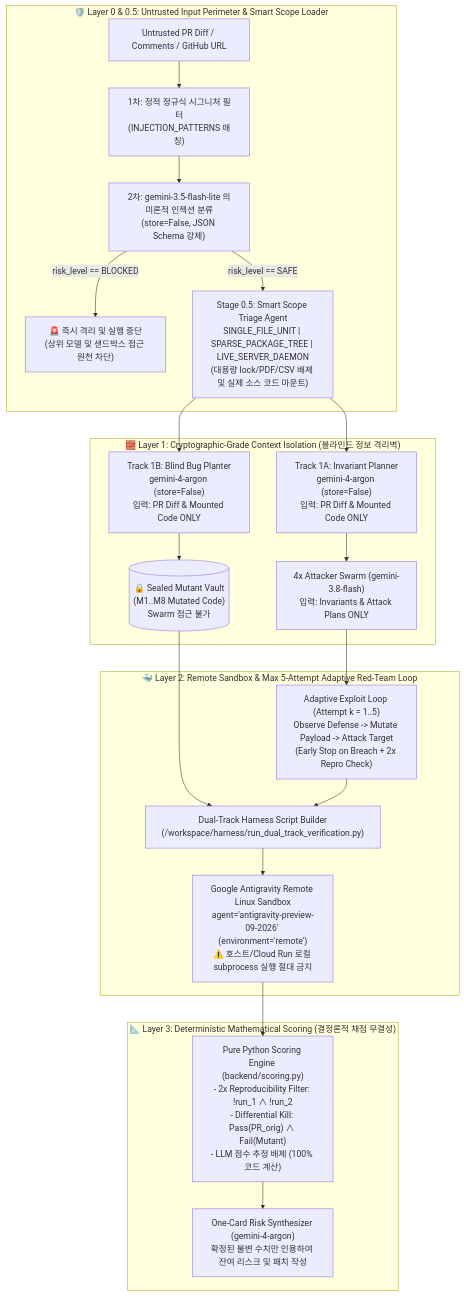
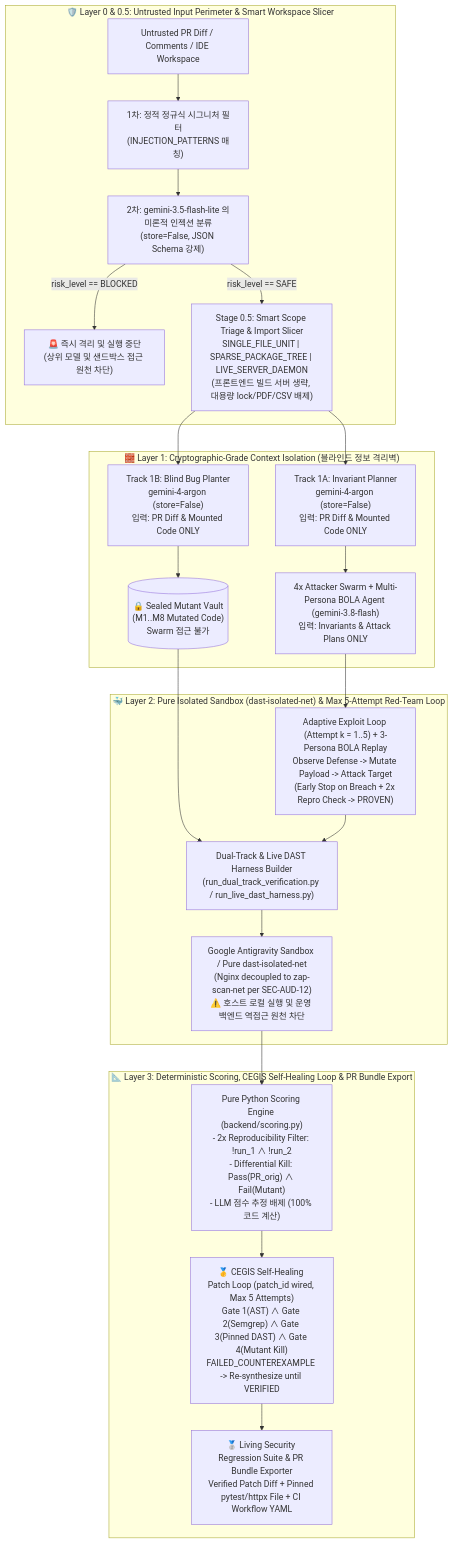
Before and after one commit to ttogle918/argus-pr-verifier: the diagram in docs/06_Security_and_Blind_Verification_Spec.md, drawn with Mermaid. The commit also changed other lines of this file and 9 other files, not shown here.

First line of the commit message:
docs(arch): document multi-agent LLM call flow and specify CEGIS patch loop, PR bundle export, and BOLA matrix

````diff
--- a/docs/06_Security_and_Blind_Verification_Spec.md
+++ b/docs/06_Security_and_Blind_Verification_Spec.md
@@ -25,28 +27,29 @@
 ```mermaid
 flowchart TB
-    subgraph Layer0 ["🛡️ Layer 0 & 0.5: Untrusted Input Perimeter & Smart Scope Loader"]
-        UntrustedPR["Untrusted PR Diff / Comments / GitHub URL"] --> RegexFilter["1차: 정적 정규식 시그니처 필터\n(INJECTION_PATTERNS 매칭)"]
+    subgraph Layer0 ["🛡️ Layer 0 & 0.5: Untrusted Input Perimeter & Smart Workspace Slicer"]
+        UntrustedPR["Untrusted PR Diff / Comments / IDE Workspace"] --> RegexFilter["1차: 정적 정규식 시그니처 필터\n(INJECTION_PATTERNS 매칭)"]
         RegexFilter --> FlashLiteScan["2차: gemini-3.5-flash-lite 의미론적 인젝션 분류\n(store=False, JSON Schema 강제)"]
         FlashLiteScan -->|"risk_level == BLOCKED"| Quarantine["🚨 즉시 격리 및 실행 중단\n(상위 모델 및 샌드박스 접근 원천 차단)"]
-        FlashLiteScan -->|"risk_level == SAFE"| ScopeTriage["Stage 0.5: Smart Scope Triage Agent\nSINGLE_FILE_UNIT | SPARSE_PACKAGE_TREE | LIVE_SERVER_DAEMON\n(대용량 lock/PDF/CSV 배제 및 실제 소스 코드 마운트)"]
+        FlashLiteScan -->|"risk_level == SAFE"| ScopeTriage["Stage 0.5: Smart Scope Triage & Import Slicer\nSINGLE_FILE_UNIT | SPARSE_PACKAGE_TREE | LIVE_SERVER_DAEMON\n(프론트엔드 빌드 서버 생략, 대용량 lock/PDF/CSV 배제)"]
     end
 
     subgraph Layer1 ["🧱 Layer 1: Cryptographic-Grade Context Isolation (블라인드 정보 격리벽)"]
         ScopeTriage --> Track1A["Track 1A: Invariant Planner\ngemini-4-argon (store=False)\n입력: PR Diff & Mounted Code ONLY"]
         ScopeTriage --> Track1B["Track 1B: Blind Bug Planter\ngemini-4-argon (store=False)\n입력: PR Diff & Mounted Code ONLY"]
-        Track1A --> Swarm["4x Attacker Swarm (gemini-3.8-flash)\n입력: Invariants & Attack Plans ONLY"]
+        Track1A --> Swarm["4x Attacker Swarm + Multi-Persona BOLA Agent (gemini-3.8-flash)\n입력: Invariants & Attack Plans ONLY"]
         Track1B --> SealedVault[("🔒 Sealed Mutant Vault\n(M1..M8 Mutated Code)\nSwarm 접근 불가")]
     end
 
-    subgraph Layer2 ["🐳 Layer 2: Remote Sandbox & Max 5-Attempt Adaptive Red-Team Loop"]
-        Swarm --> AdaptiveLoop["Adaptive Exploit Loop (Attempt k = 1..5)\nObserve Defense -> Mutate Payload -> Attack Target\n(Early Stop on Breach + 2x Repro Check)"]
-        SealedVault --> HarnessBuilder["Dual-Track Harness Script Builder\n(/workspace/harness/run_dual_track_verification.py)"]
+    subgraph Layer2 ["🐳 Layer 2: Pure Isolated Sandbox (dast-isolated-net) & Max 5-Attempt Red-Team Loop"]
+        Swarm --> AdaptiveLoop["Adaptive Exploit Loop (Attempt k = 1..5) + 3-Persona BOLA Replay\nObserve Defense -> Mutate Payload -> Attack Target\n(Early Stop on Breach + 2x Repro Check -> PROVEN)"]
+        SealedVault --> HarnessBuilder["Dual-Track & Live DAST Harness Builder\n(run_dual_track_verification.py / run_live_dast_harness.py)"]
         AdaptiveLoop --> HarnessBuilder
-        HarnessBuilder --> RemoteSandbox["Google Antigravity Remote Linux Sandbox\nagent='antigravity-preview-09-2026' (environment='remote')\n⚠️ 호스트/Cloud Run 로컬 subprocess 실행 절대 금지"]
+        HarnessBuilder --> RemoteSandbox["Google Antigravity Sandbox / Pure dast-isolated-net\n(Nginx decoupled to zap-scan-net per SEC-AUD-12)\n⚠️ 호스트 로컬 실행 및 운영 백엔드 역접근 원천 차단"]
     end
 
-    subgraph Layer3 ["📐 Layer 3: Deterministic Mathematical Scoring (결정론적 채점 무결성)"]
+    subgraph Layer3 ["📐 Layer 3: Deterministic Scoring, CEGIS Self-Healing Loop & PR Bundle Export"]
         RemoteSandbox --> PythonScorer["Pure Python Scoring Engine (backend/scoring.py)\n- 2x Reproducibility Filter: !run_1 ∧ !run_2\n- Differential Kill: Pass(PR_orig) ∧ Fail(Mutant)\n- LLM 점수 추정 배제 (100% 코드 계산)"]
-        PythonScorer --> ArgonSynth["One-Card Risk Synthesizer (gemini-4-argon)\n확정된 불변 수치만 인용하여 잔여 리스크 및 패치 작성"]
+        PythonScorer --> CEGISLoop["🥇 CEGIS Self-Healing Patch Loop (patch_id wired, Max 5 Attempts)\nGate 1(AST) ∧ Gate 2(Semgrep) ∧ Gate 3(Pinned DAST) ∧ Gate 4(Mutant Kill)\nFAILED_COUNTEREXAMPLE -> Re-synthesize until VERIFIED"]
+        CEGISLoop --> PRBundle["🥈 Living Security Regression Suite & PR Bundle Exporter\nVerified Patch Diff + Pinned pytest/httpx File + CI Workflow YAML"]
     end
 ```
````
